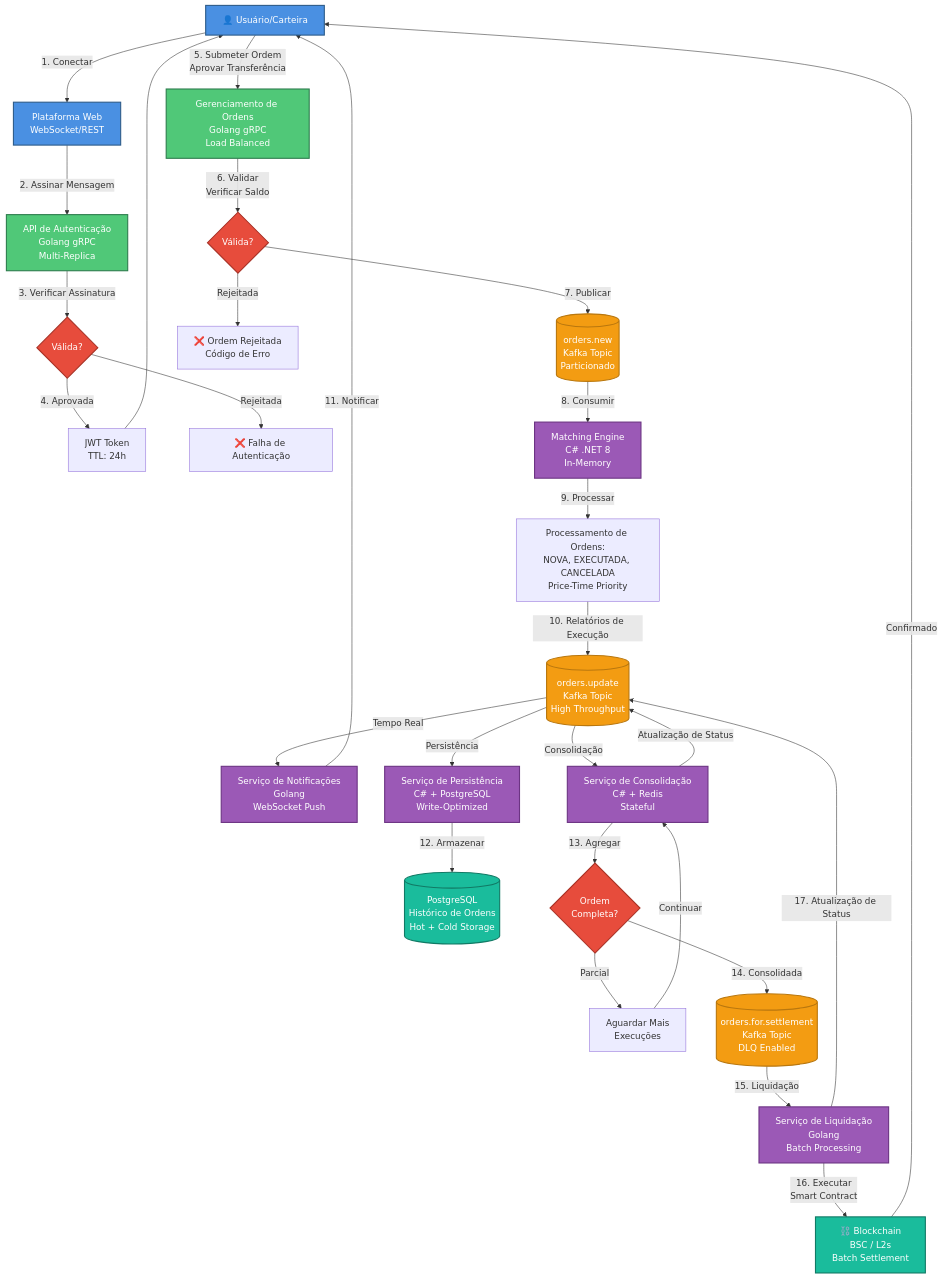
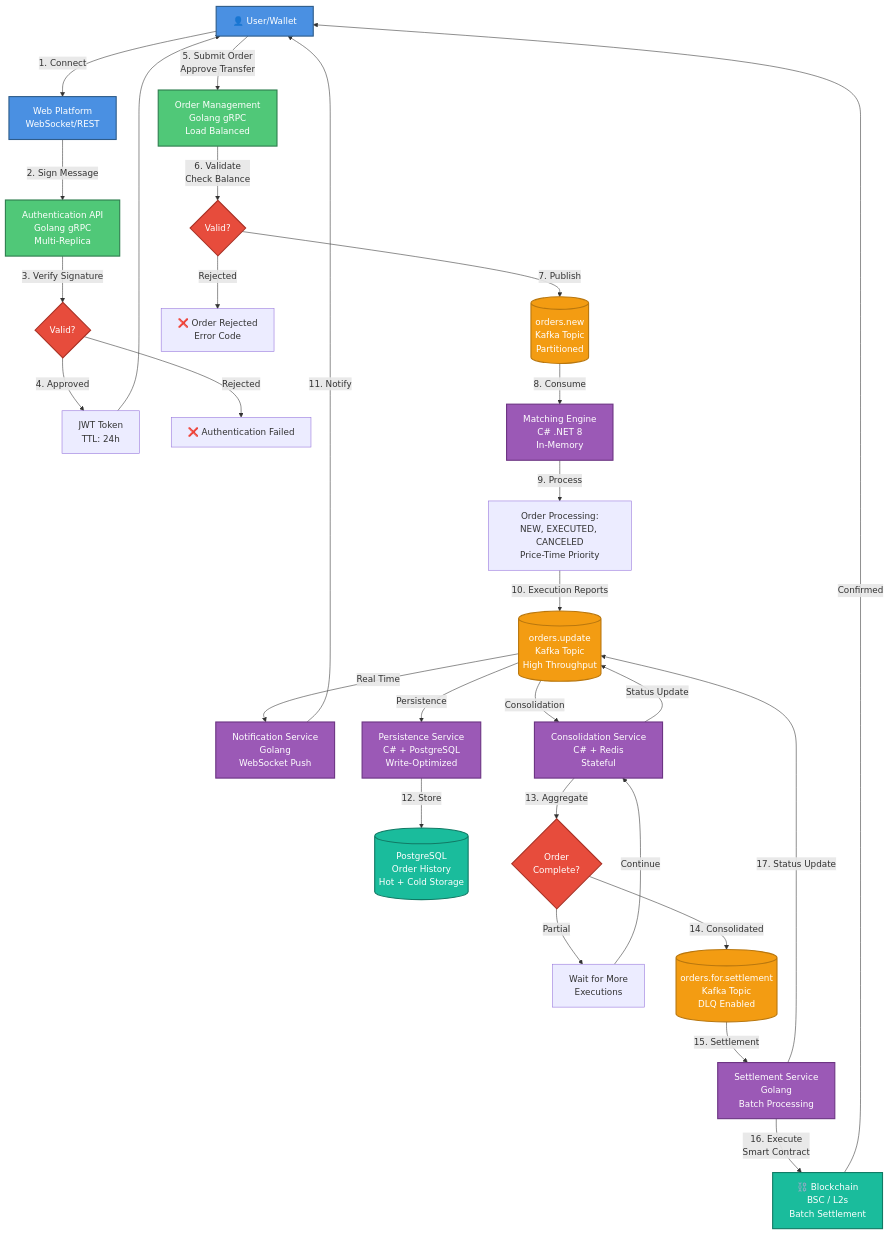
The diagram in architecture/order-flow-architecture.md (Hy-mple/hymple.docs), drawn with Mermaid before and after one commit. The commit also changed other lines of this file, not shown here.

Commit message:
order flow

````diff
--- a/architecture/order-flow-architecture.md
+++ b/architecture/order-flow-architecture.md
@@ -16,65 +16,65 @@
 ```mermaid
 flowchart TD
     %% User Layer
-    User[👤 Usuário/Carteira] -->|1. Conectar| Platform[Plataforma Web<br/>WebSocket/REST]
-    Platform -->|2. Assinar Mensagem| Auth[API de Autenticação<br/>Golang gRPC<br/>Multi-Replica]
+    User[👤 User/Wallet] -->|1. Connect| Platform[Web Platform<br/>WebSocket/REST]
+    Platform -->|2. Sign Message| Auth[Authentication API<br/>Golang gRPC<br/>Multi-Replica]
     
     %% Authentication Flow
-    Auth -->|3. Verificar Assinatura| AuthDecision{Válida?}
-    AuthDecision -->|4. Aprovada| Token[JWT Token<br/>TTL: 24h]
-    AuthDecision -->|Rejeitada| AuthFail[❌ Falha de Autenticação]
+    Auth -->|3. Verify Signature| AuthDecision{Valid?}
+    AuthDecision -->|4. Approved| Token[JWT Token<br/>TTL: 24h]
+    AuthDecision -->|Rejected| AuthFail[❌ Authentication Failed]
     
     Token --> User
     
     %% Order Submission Flow
-    User -->|5. Submeter Ordem<br/>Aprovar Transferência| OrderAPI[Gerenciamento de Ordens<br/>Golang gRPC<br/>Load Balanced]
+    User -->|5. Submit Order<br/>Approve Transfer| OrderAPI[Order Management<br/>Golang gRPC<br/>Load Balanced]
     
-    OrderAPI -->|6. Validar<br/>Verificar Saldo| OrderValidation{Válida?}
-    OrderValidation -->|7. Publicar| OrdersTopic[(orders.new<br/>Kafka Topic<br/>Particionado)]
-    OrderValidation -->|Rejeitada| OrderFail[❌ Ordem Rejeitada<br/>Código de Erro]
+    OrderAPI -->|6. Validate<br/>Check Balance| OrderValidation{Valid?}
+    OrderValidation -->|7. Publish| OrdersTopic[(orders.new<br/>Kafka Topic<br/>Partitioned)]
+    OrderValidation -->|Rejected| OrderFail[❌ Order Rejected<br/>Error Code]
     
     %% Order Book Processing
-    OrdersTopic -->|8. Consumir| OrderBook[Matching Engine<br/>C# .NET 8<br/>In-Memory]
+    OrdersTopic -->|8. Consume| OrderBook[Matching Engine<br/>C# .NET 8<br/>In-Memory]
     
-    OrderBook -->|9. Processar| OrderBookProcessing[Processamento de Ordens:<br/>NOVA, EXECUTADA, CANCELADA<br/>Price-Time Priority]
+    OrderBook -->|9. Process| OrderBookProcessing[Order Processing:<br/>NEW, EXECUTED, CANCELED<br/>Price-Time Priority]
     
-    OrderBookProcessing -->|10. Relatórios de Execução| UpdateTopic[(orders.update<br/>Kafka Topic<br/>High Throughput)]
+    OrderBookProcessing -->|10. Execution Reports| UpdateTopic[(orders.update<br/>Kafka Topic<br/>High Throughput)]
     
     %% Parallel Consumer Services
-    UpdateTopic -->|Tempo Real| Notification[Serviço de Notificações<br/>Golang<br/>WebSocket Push]
-    UpdateTopic -->|Persistência| Persistence[Serviço de Persistência<br/>C# + PostgreSQL<br/>Write-Optimized]
-    UpdateTopic -->|Consolidação| Consolidator[Serviço de Consolidação<br/>C# + Redis<br/>Stateful]
+    UpdateTopic -->|Real Time| Notification[Notification Service<br/>Golang<br/>WebSocket Push]
+    UpdateTopic -->|Persistence| Persistence[Persistence Service<br/>C# + PostgreSQL<br/>Write-Optimized]
+    UpdateTopic -->|Consolidation| Consolidator[Consolidation Service<br/>C# + Redis<br/>Stateful]
     
-    Notification -->|11. Notificar| User
-    Persistence -->|12. Armazenar| Database[(PostgreSQL<br/>Histórico de Ordens<br/>Hot + Cold Storage)]
+    Notification -->|11. Notify| User
+    Persistence -->|12. Store| Database[(PostgreSQL<br/>Order History<br/>Hot + Cold Storage)]
     
     %% Consolidation and Settlement Flow
-    Consolidator -->|13. Agregar| ConsolidationLogic{Ordem<br/>Completa?}
-    ConsolidationLogic -->|Parcial| WaitMore[Aguardar Mais<br/>Execuções]
-    WaitMore -->|Continuar| Consolidator
+    Consolidator -->|13. Aggregate| ConsolidationLogic{Order<br/>Complete?}
+    ConsolidationLogic -->|Partial| WaitMore[Wait for More<br/>Executions]
+    WaitMore -->|Continue| Consolidator
     
-    ConsolidationLogic -->|14. Consolidada| SettlementTopic[(orders.for.settlement<br/>Kafka Topic<br/>DLQ Enabled)]
-    Consolidator -->|Atualização de Status| UpdateTopic
+    ConsolidationLogic -->|14. Consolidated| SettlementTopic[(orders.for.settlement<br/>Kafka Topic<br/>DLQ Enabled)]
+    Consolidator -->|Status Update| UpdateTopic
     
-    SettlementTopic -->|15. Liquidação| Settlement[Serviço de Liquidação<br/>Golang<br/>Batch Processing]
+    SettlementTopic -->|15. Settlement| Settlement[Settlement Service<br/>Golang<br/>Batch Processing]
     
-    Settlement -->|16. Executar<br/>Smart Contract| Blockchain[⛓️ Blockchain<br/>BSC / L2s<br/>Batch Settlement]
-    Settlement -->|17. Atualização de Status| UpdateTopic
+    Settlement -->|16. Execute<br/>Smart Contract| Blockchain[⛓️ Blockchain<br/>BSC / L2s<br/>Batch Settlement]
+    Settlement -->|17. Status Update| UpdateTopic
     
-    Blockchain -->|Confirmado| User
+    Blockchain -->|Confirmed| User
     
     %% Styling
     classDef userStyle fill:#4A90E2,stroke:#2E5C8A,stroke-width:2px,color:#fff
     classDef apiStyle fill:#50C878,stroke:#2E7D4E,stroke-width:2px,color:#fff
     classDef serviceStyle fill:#9B59B6,stroke:#6C3483,stroke-width:2px,color:#fff
     classDef topicStyle fill:#F39C12,stroke:#B9770E,stroke-width:2px,color:#fff
     classDef decisionStyle fill:#E74C3C,stroke:#A93226,stroke-width:2px,color:#fff
     classDef blockchainStyle fill:#1ABC9C,stroke:#117A65,stroke-width:2px,color:#fff
     
     class User,Platform userStyle
     class Auth,OrderAPI apiStyle
     class OrderBook,Notification,Persistence,Consolidator,Settlement serviceStyle
     class OrdersTopic,UpdateTopic,SettlementTopic topicStyle
     class AuthDecision,OrderValidation,ConsolidationLogic decisionStyle
     class Database,Blockchain blockchainStyle
 ```
````
